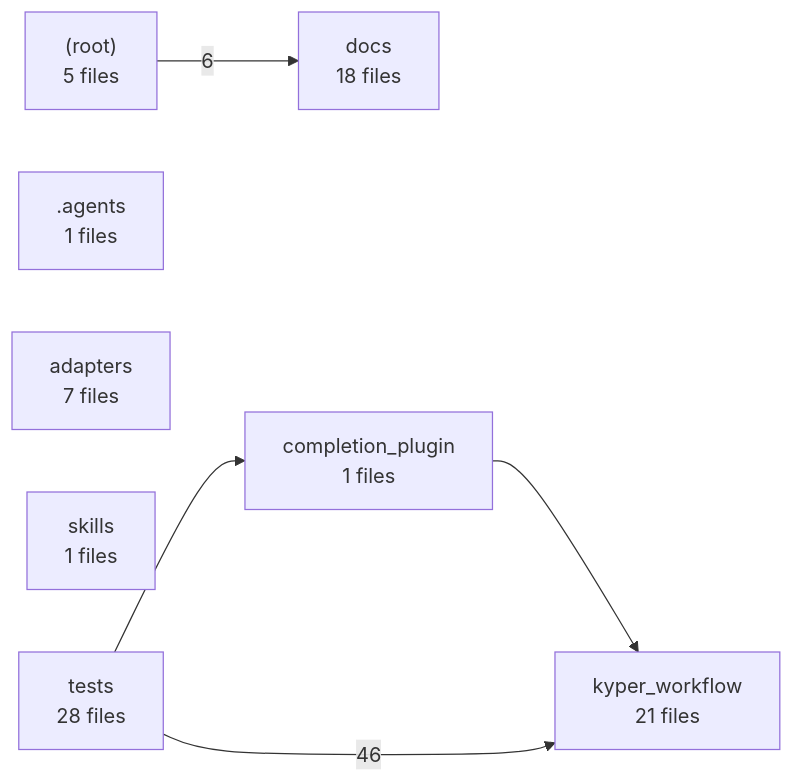
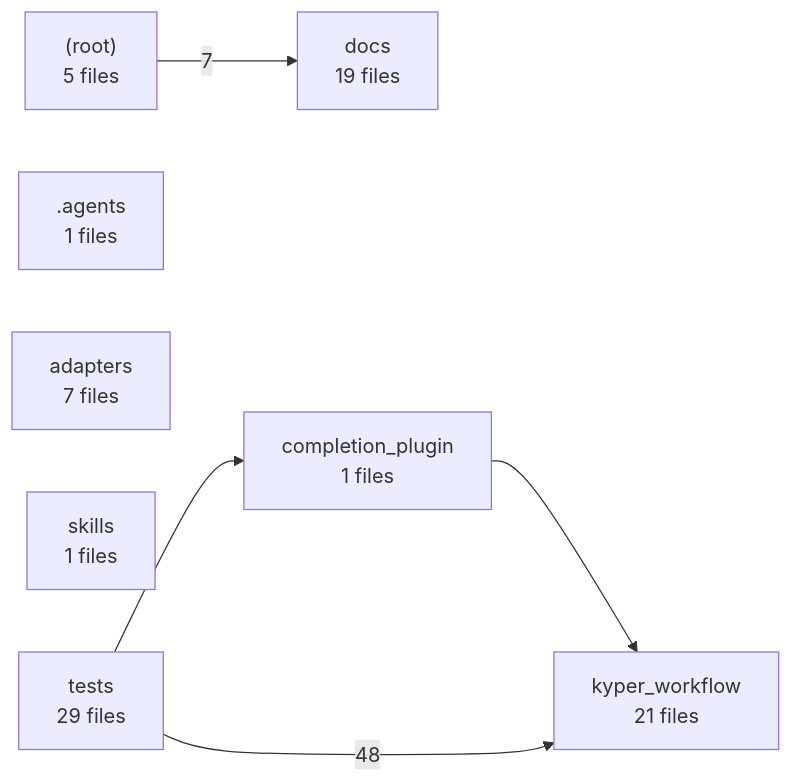
The second of 2 diagrams in docs/PROJECT-MAP.md (AbsoluteHLN/KyperWorkflow), drawn with Mermaid before and after one commit. The commit also changed other lines of this file and 21 other files, not shown here.

````diff
--- a/docs/PROJECT-MAP.md
+++ b/docs/PROJECT-MAP.md
@@ -226,15 +228,15 @@
 ```mermaid
 graph LR
   g__root_["(root)<br/>5 files"]
   g__agents[".agents<br/>1 files"]
   g_adapters["adapters<br/>7 files"]
   g_completion_plugin["completion_plugin<br/>1 files"]
-  g_docs["docs<br/>18 files"]
+  g_docs["docs<br/>19 files"]
   g_kyper_workflow["kyper_workflow<br/>21 files"]
   g_skills["skills<br/>1 files"]
-  g_tests["tests<br/>28 files"]
-  g__root_ -->|6| g_docs
+  g_tests["tests<br/>29 files"]
+  g__root_ -->|7| g_docs
   g_completion_plugin --> g_kyper_workflow
   g_tests --> g_completion_plugin
-  g_tests -->|46| g_kyper_workflow
+  g_tests -->|48| g_kyper_workflow
 ```
````
